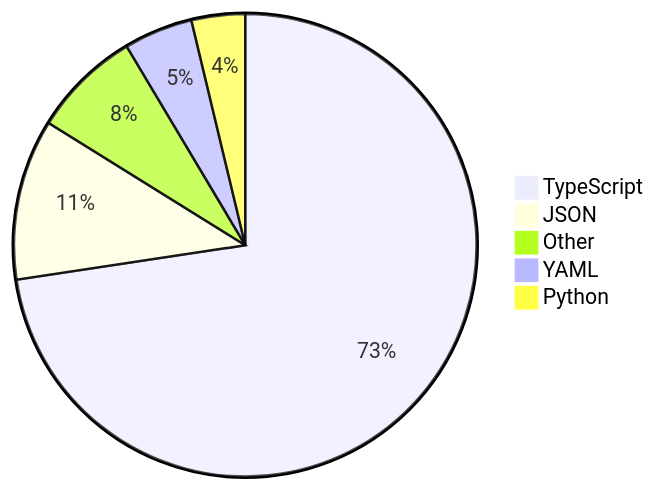
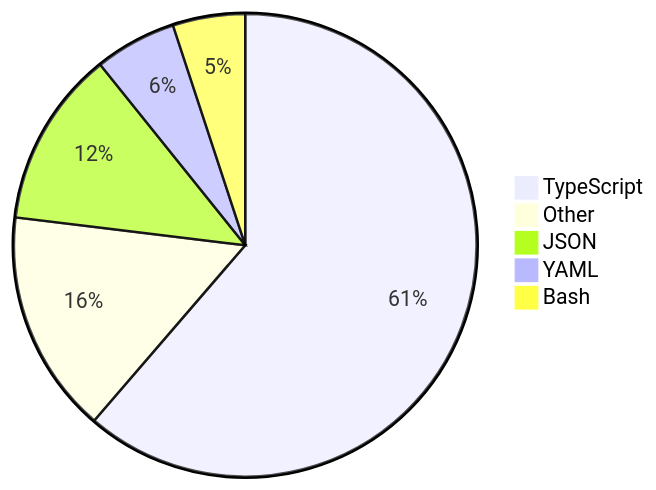
The diagram in README.md (skvggor/skvggor), drawn with Mermaid before and after one commit.

Commit message:
Updated waka-readme graph with new metrics

````diff
--- a/README.md
+++ b/README.md
@@ -28,8 +28,8 @@
 ```mermaid
 pie
-    "TypeScript" : 67.9
-    "JSON" : 10.5
-    "Other" : 7.1
-    "YAML" : 4.5
-    "Python" : 3.5
+    "TypeScript" : 55.8
+    "Other" : 14.2
+    "JSON" : 11.2
+    "YAML" : 5.2
+    "Bash" : 4.6
 ```
````
